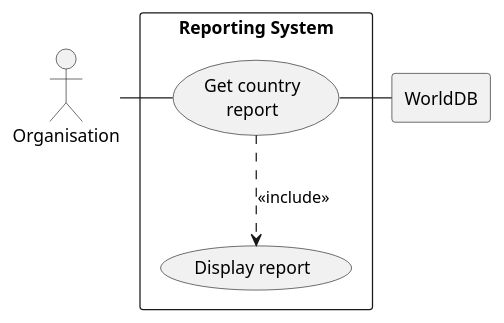
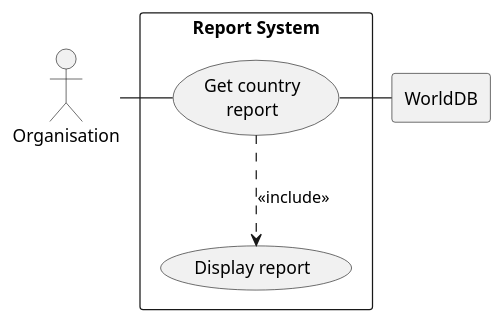
Before and after one commit to ibrahim-40595091/cw1-g7: the diagram in UseCaseDiagram.puml, drawn with PlantUML.

Commit message:
Use case diagram done

```diff
--- a/UseCaseDiagram.puml
+++ b/UseCaseDiagram.puml
@@ -1,18 +1,18 @@
 @startuml
 
 actor Org as "Organisation"
 
 rectangle WorldDB
 
-rectangle "Reporting System" {
+rectangle "Report System" {
     usecase UC1 as "Get country
     report"
 
     usecase UCa as "Display report"
 
     Org - UC1
     UC1 ..> UCa : <<include>>
     UC1 - WorldDB
 }
 
 @enduml
```
